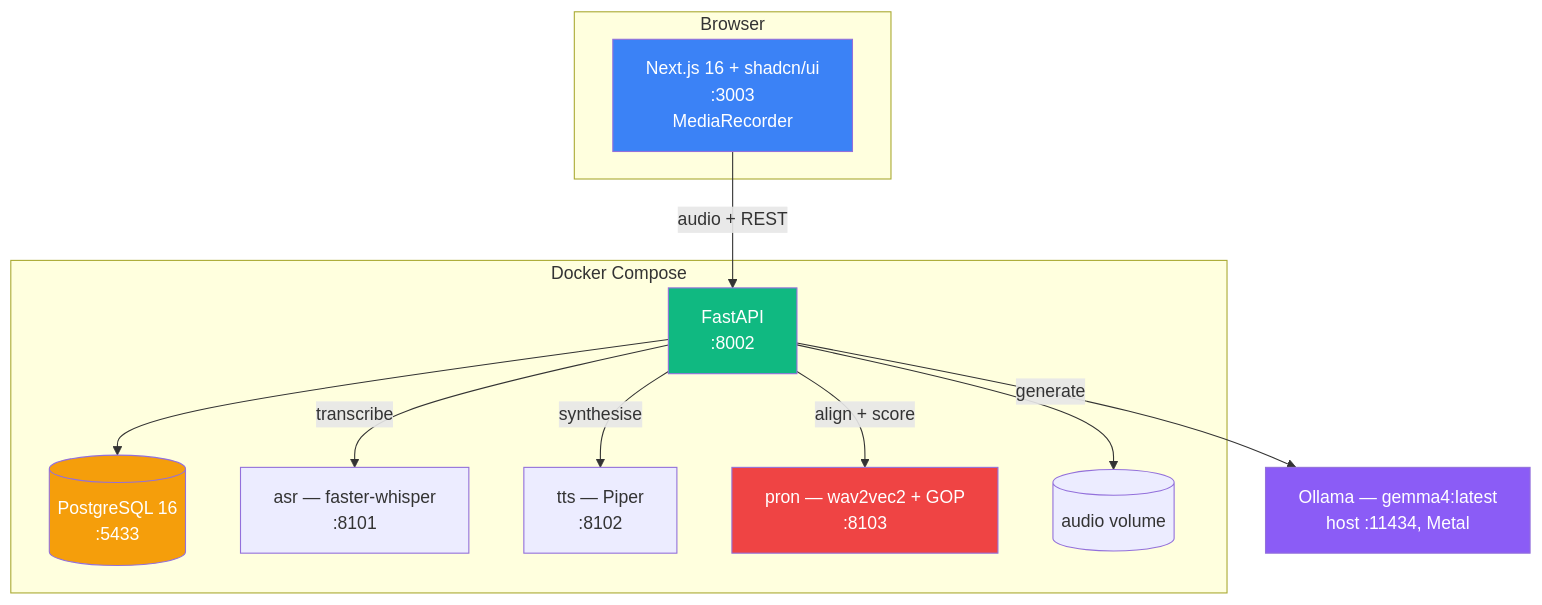
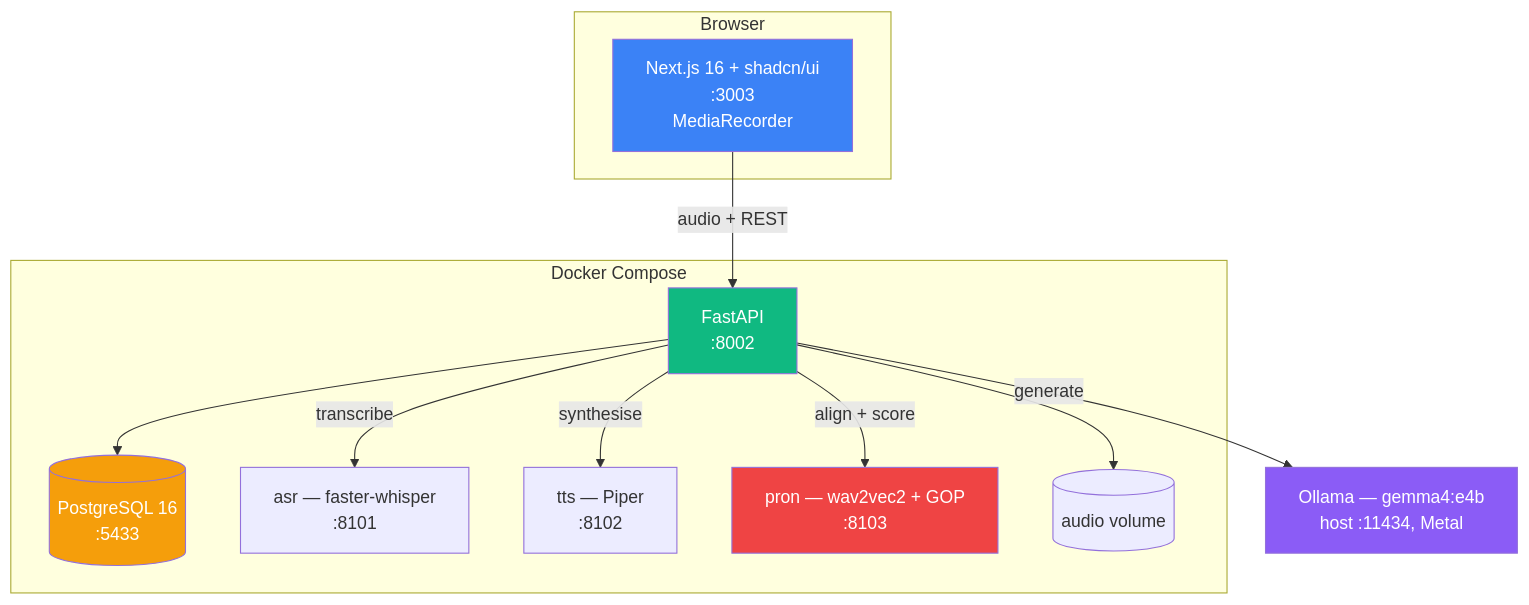
One commit to Luisfelipecruz/speaklab changed the diagram in PRD.md. Above: the diagram before and after it, drawn with Mermaid. The commit also changed other lines of this file and 57 other files, not shown here.

````diff
--- a/PRD.md
+++ b/PRD.md
@@ -387,31 +387,31 @@
 ```mermaid
 graph TB
     subgraph Browser
         FE["Next.js 16 + shadcn/ui<br/>:3003<br/>MediaRecorder"]
     end
 
     subgraph "Docker Compose"
         API["FastAPI<br/>:8002"]
         DB[("PostgreSQL 16<br/>:5433")]
         ASR["asr — faster-whisper<br/>:8101"]
         TTS["tts — Piper<br/>:8102"]
         PRON["pron — wav2vec2 + GOP<br/>:8103"]
         AUD[("audio volume")]
     end
 
-    OLL["Ollama — gemma4:latest<br/>host :11434, Metal"]
+    OLL["Ollama — gemma4:e4b<br/>host :11434, Metal"]
 
     FE -->|"audio + REST"| API
     API --> DB
     API --> AUD
     API -->|"transcribe"| ASR
     API -->|"synthesise"| TTS
     API -->|"align + score"| PRON
     API -->|"generate"| OLL
 
     style FE fill:#3b82f6,color:#fff
     style API fill:#10b981,color:#fff
     style DB fill:#f59e0b,color:#fff
     style PRON fill:#ef4444,color:#fff
     style OLL fill:#8b5cf6,color:#fff
 ```
````
